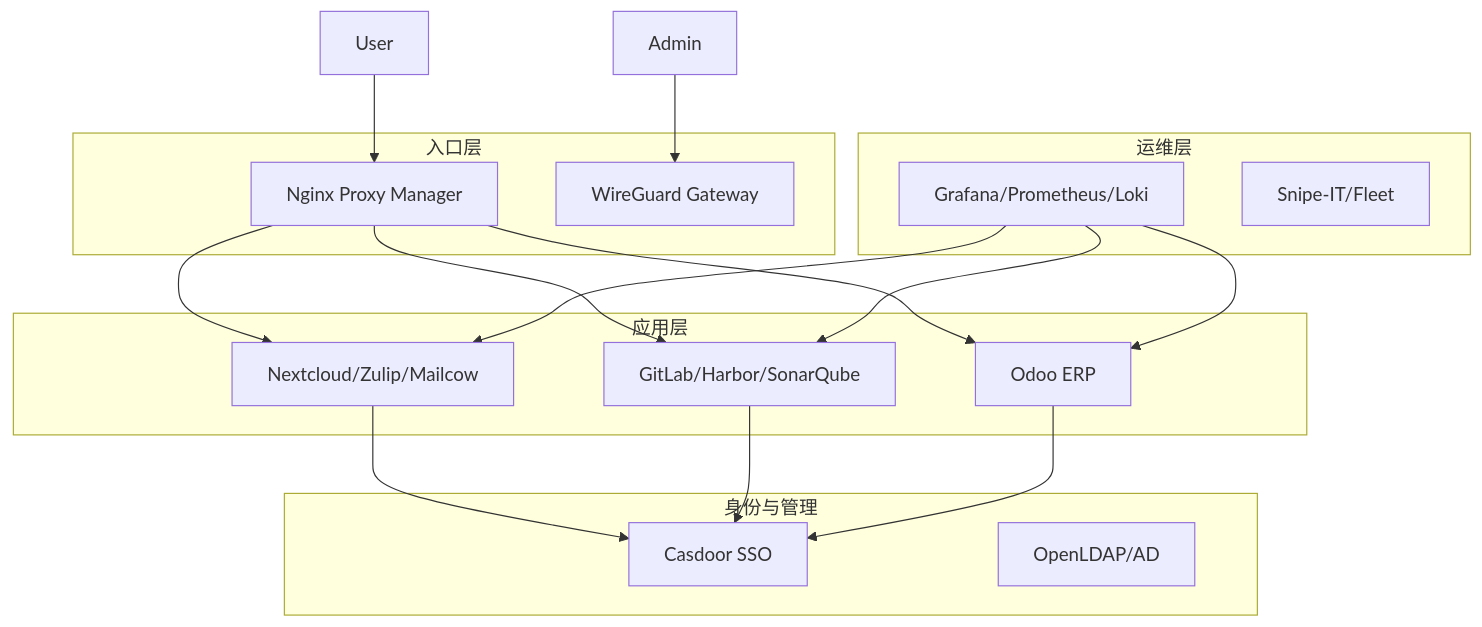
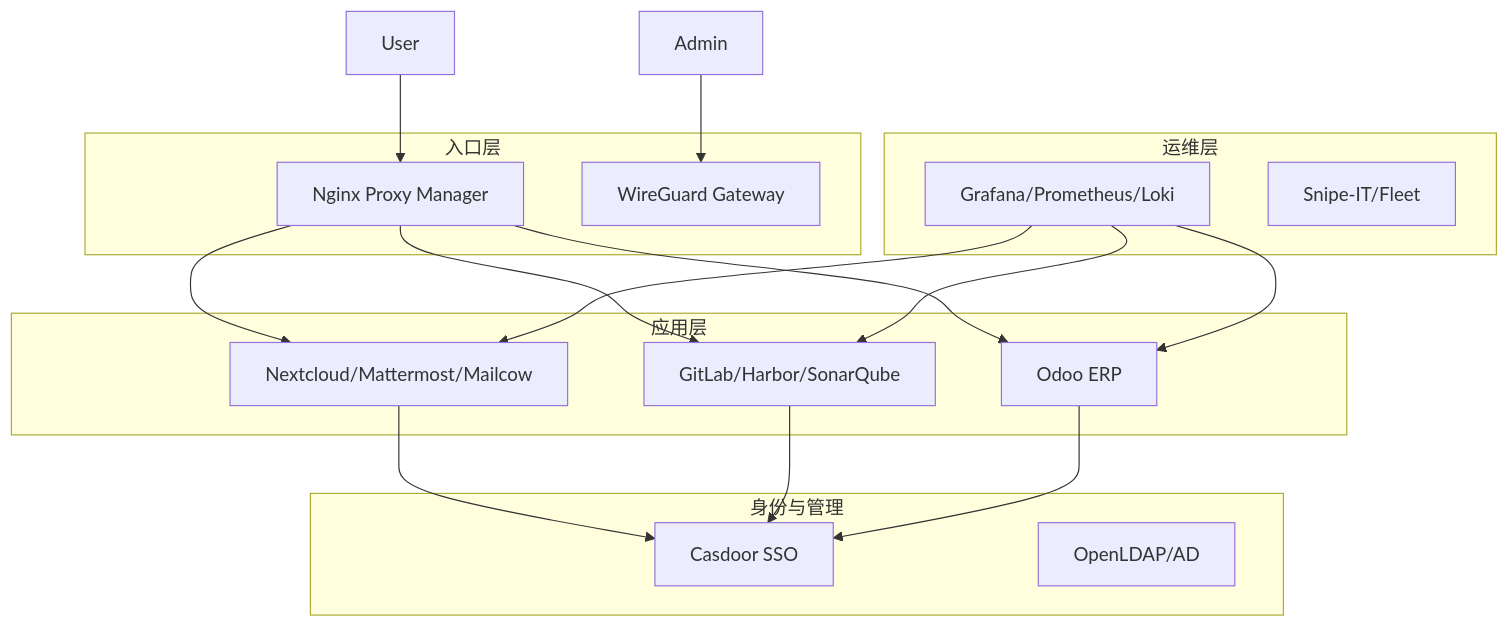
The diagram in docs/01-core-design/oss-software-stack.md (stars-labs/full-it-infra-design-docs), drawn with Mermaid before and after one commit. The commit also changed other lines of this file, not shown here.

````diff
--- a/docs/01-core-design/oss-software-stack.md
+++ b/docs/01-core-design/oss-software-stack.md
@@ -74,37 +76,37 @@
 ```mermaid
 graph TD
     subgraph "入口层"
         NPM[Nginx Proxy Manager]
         VPN[WireGuard Gateway]
     end
 
     subgraph "身份与管理"
         SSO[Casdoor SSO]
         LDAP[OpenLDAP/AD]
     end
 
     subgraph "应用层"
-        Office[Nextcloud/Zulip/Mailcow]
+        Office[Nextcloud/Mattermost/Mailcow]
         DevOps[GitLab/Harbor/SonarQube]
         Biz[Odoo ERP]
     end
 
     subgraph "运维层"
         Monitor[Grafana/Prometheus/Loki]
         Asset[Snipe-IT/Fleet]
     end
 
     User --> NPM
     Admin --> VPN
     NPM --> Office
     NPM --> DevOps
     NPM --> Biz
     
     Office --> SSO
     DevOps --> SSO
     Biz --> SSO
     
     Monitor --> Office
     Monitor --> DevOps
     Monitor --> Biz
 ```
````
